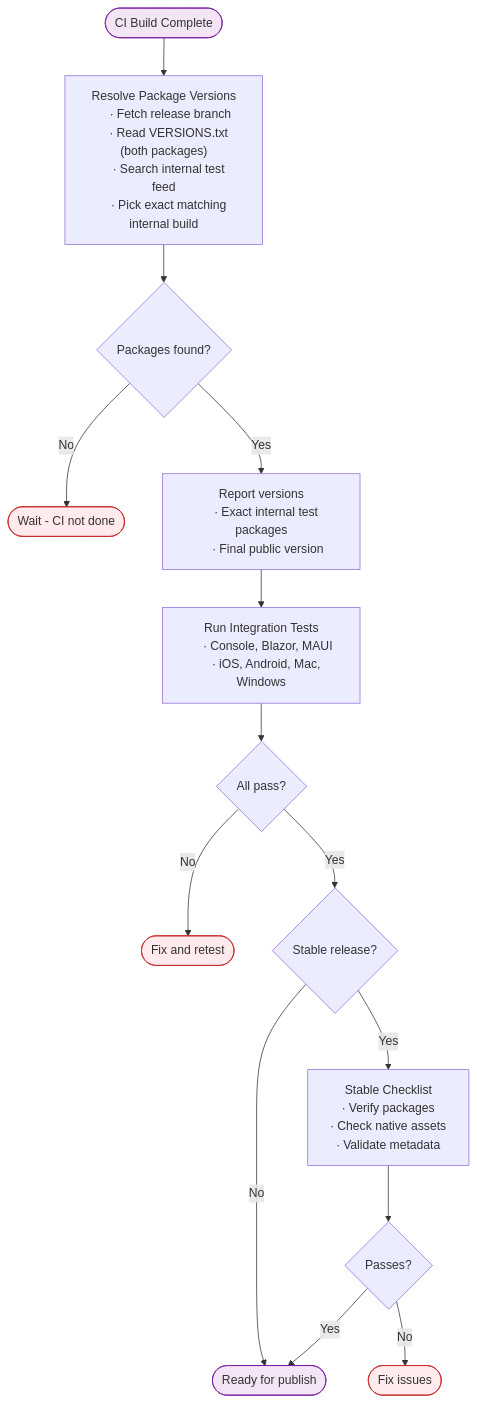
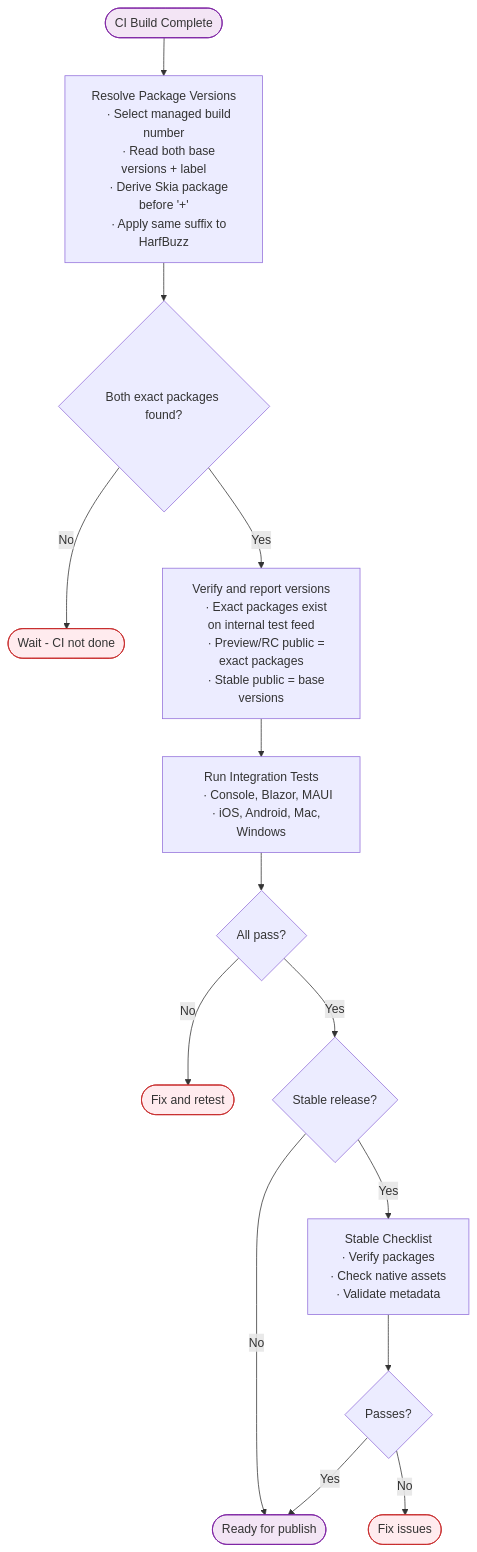
Before and after one commit to mono/SkiaSharp: the second of 3 diagrams in documentation/dev/releasing.md, drawn with Mermaid. The commit also changed other lines of this file and 7 other files, not shown here.

First line of the commit message:
Tighten release package handoff

````diff
--- a/documentation/dev/releasing.md
+++ b/documentation/dev/releasing.md
@@ -195,43 +195,44 @@
 ```mermaid
 flowchart TB
     START([CI Build Complete]) --> RESOLVE
     
     RESOLVE["Resolve Package Versions
-    ∙ Fetch release branch
-    ∙ Read VERSIONS.txt (both packages)
-    ∙ Search internal test feed
-    ∙ Pick exact matching internal build"]
+    ∙ Select managed build number
+    ∙ Read both base versions + label
+    ∙ Derive Skia package before '+'
+    ∙ Apply same suffix to HarfBuzz"]
     
-    RESOLVE --> FOUND{Packages found?}
+    RESOLVE --> FOUND{Both exact packages found?}
     FOUND -->|No| WAIT([Wait - CI not done])
-    FOUND -->|Yes| REPORT["Report versions
-    ∙ Exact internal test packages
-    ∙ Final public version"]
+    FOUND -->|Yes| REPORT["Verify and report versions
+    ∙ Exact packages exist on internal test feed
+    ∙ Preview/RC public = exact packages
+    ∙ Stable public = base versions"]
     
     REPORT --> TESTS
     
     TESTS["Run Integration Tests
     ∙ Console, Blazor, MAUI
     ∙ iOS, Android, Mac, Windows"]
     
     TESTS --> RESULT{All pass?}
     RESULT -->|No| FIX([Fix and retest])
     RESULT -->|Yes| CHECK{Stable release?}
     
     CHECK -->|No| READY([Ready for publish])
     CHECK -->|Yes| CHECKLIST
     
     CHECKLIST["Stable Checklist
     ∙ Verify packages
     ∙ Check native assets
     ∙ Validate metadata"]
     
     CHECKLIST --> OK{Passes?}
     OK -->|No| FIX2([Fix issues])
     OK -->|Yes| READY
 
     classDef error fill:#ffebee,stroke:#c62828
     classDef endpoint fill:#f3e5f5,stroke:#7b1fa2
     class WAIT,FIX,FIX2 error
     class START,READY endpoint
 ```
````
